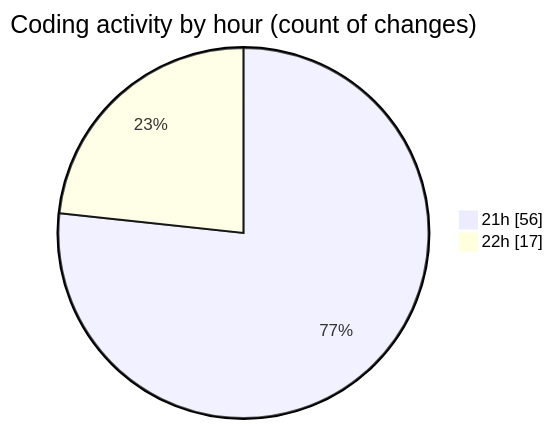
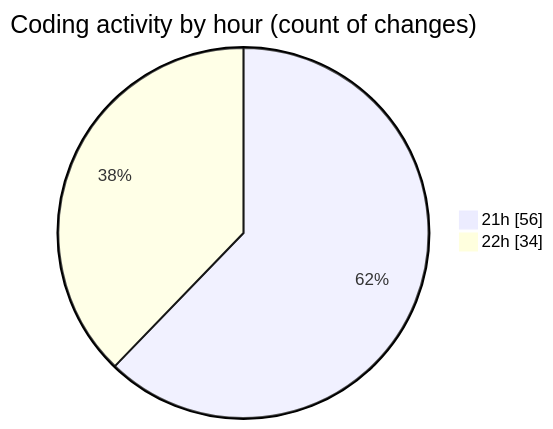
The second of 2 diagrams in 2025-03-26/echo/README.md (Netris89/code-tracking), drawn with Mermaid before and after one commit. The commit also changed other lines of this file and 1 other file, not shown here.

````diff
--- a/2025-03-26/echo/README.md
+++ b/2025-03-26/echo/README.md
@@ -34,6 +34,6 @@
 ```mermaid
 pie showData
 title Coding activity by hour (count of changes)
 "21h" : 56
-"22h" : 17
+"22h" : 34
 ```
````
